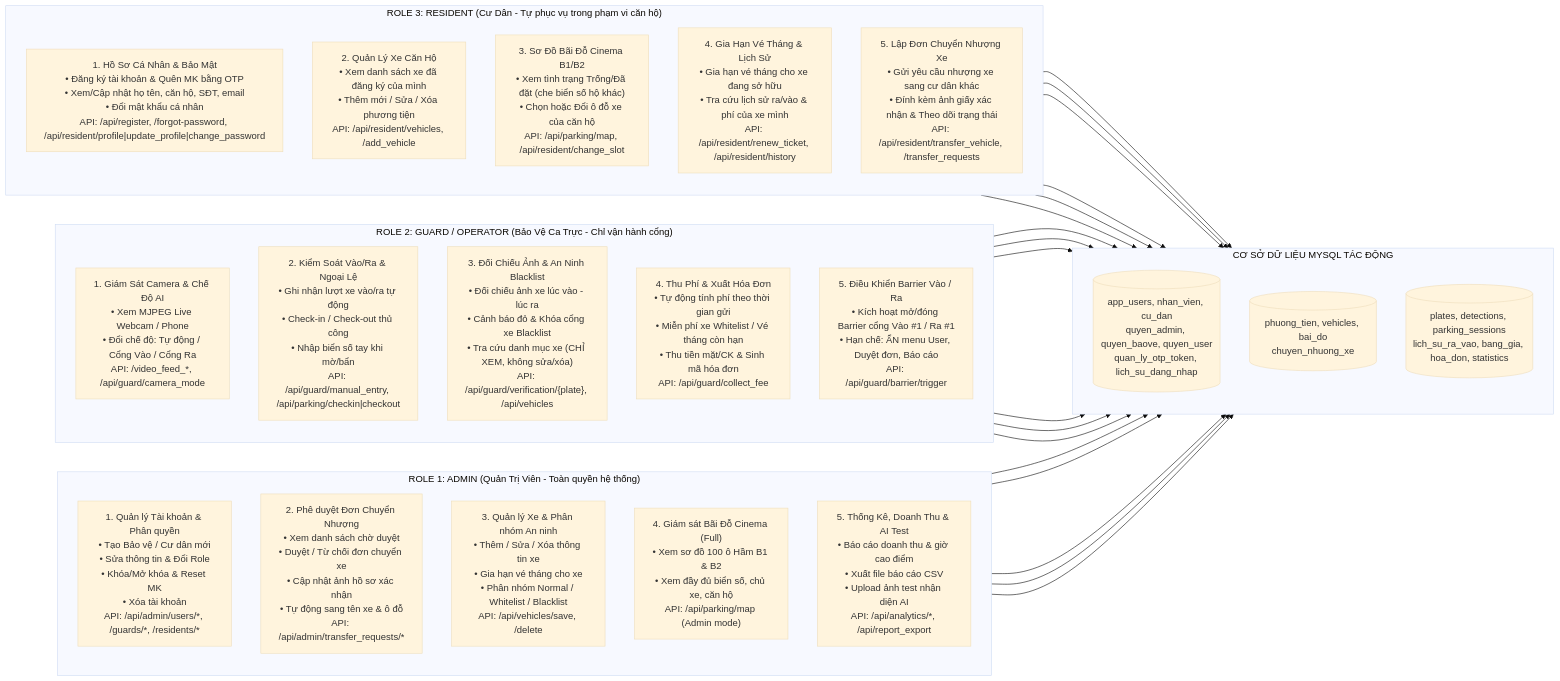
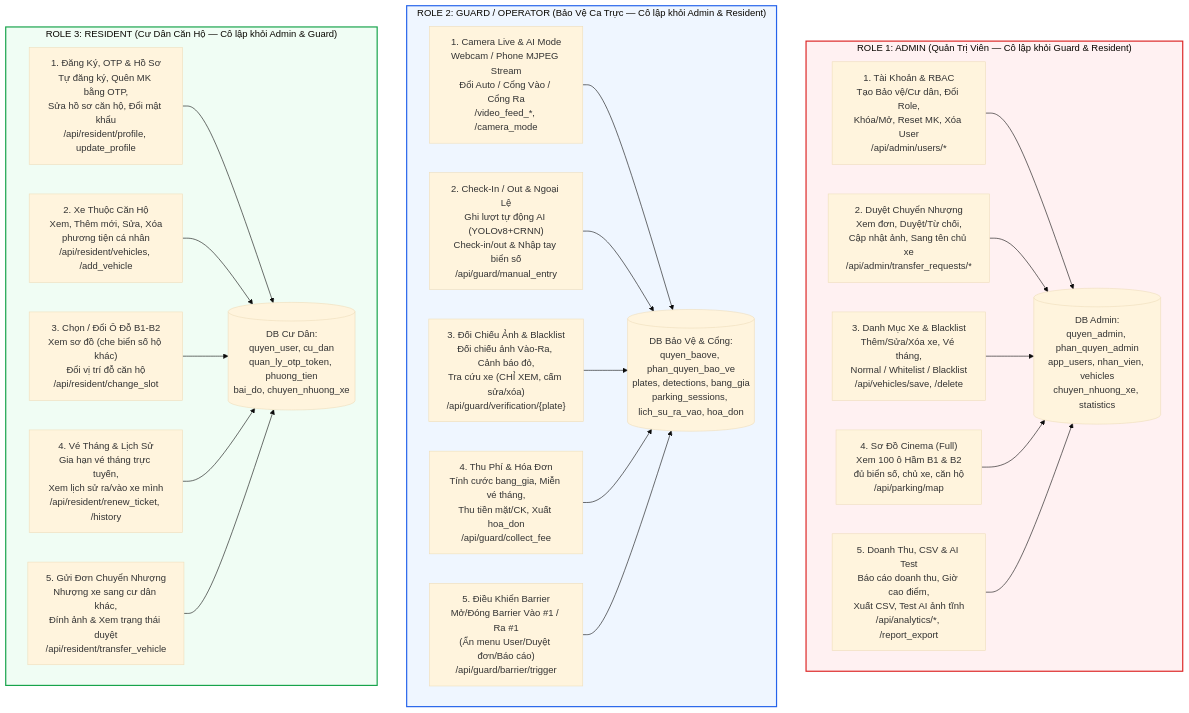
Before and after one commit to Truong027/CNPM24: the second of 3 diagrams in README.md, drawn with Mermaid (base theme). The commit also changed other lines of this file and 1 other file, not shown here.

Commit message:
docs: split 3 roles into 3 completely isolated non-overlapping lanes

````diff
--- a/README.md
+++ b/README.md
@@ -89,60 +71,57 @@
 ```mermaid
-flowchart LR
-    %% ================= ROLE 1: ADMIN =================
-    subgraph Role1["ROLE 1: ADMIN (Quản Trị Viên - Toàn quyền hệ thống)"]
-        direction TB
-        A_Users["1. Quản lý Tài khoản & Phân quyền<br/>• Tạo Bảo vệ / Cư dân mới<br/>• Sửa thông tin & Đổi Role<br/>• Khóa/Mở khóa & Reset MK<br/>• Xóa tài khoản<br/>API: /api/admin/users/*, /guards/*, /residents/*"]
-        A_Transfer["2. Phê duyệt Đơn Chuyển Nhượng<br/>• Xem danh sách chờ duyệt<br/>• Duyệt / Từ chối đơn chuyển xe<br/>• Cập nhật ảnh hồ sơ xác nhận<br/>• Tự động sang tên xe & ô đỗ<br/>API: /api/admin/transfer_requests/*"]
-        A_Veh["3. Quản lý Xe & Phân nhóm An ninh<br/>• Thêm / Sửa / Xóa thông tin xe<br/>• Gia hạn vé tháng cho xe<br/>• Phân nhóm Normal / Whitelist / Blacklist<br/>API: /api/vehicles/save, /delete"]
-        A_Map["4. Giám sát Bãi Đỗ Cinema (Full)<br/>• Xem sơ đồ 100 ô Hầm B1 & B2<br/>• Xem đầy đủ biển số, chủ xe, căn hộ<br/>API: /api/parking/map (Admin mode)"]
-        A_Stat["5. Thống Kê, Doanh Thu & AI Test<br/>• Báo cáo doanh thu & giờ cao điểm<br/>• Xuất file báo cáo CSV<br/>• Upload ảnh test nhận diện AI<br/>API: /api/analytics/*, /api/report_export"]
+flowchart TB
+    %% ================= ROLE 1: ADMIN (TÁCH BIỆT) =================
+    subgraph Role1["ROLE 1: ADMIN (Quản Trị Viên — Cô lập khỏi Guard & Resident)"]
+        direction LR
+        A_Users["1. Tài Khoản & RBAC<br/>Tạo Bảo vệ/Cư dân, Đổi Role,<br/>Khóa/Mở, Reset MK, Xóa User<br/>/api/admin/users/*"]
+        A_Transfer["2. Duyệt Chuyển Nhượng<br/>Xem đơn, Duyệt/Từ chối,<br/>Cập nhật ảnh, Sang tên chủ xe<br/>/api/admin/transfer_requests/*"]
+        A_Veh["3. Danh Mục Xe & Blacklist<br/>Thêm/Sửa/Xóa xe, Vé tháng,<br/>Normal / Whitelist / Blacklist<br/>/api/vehicles/save, /delete"]
+        A_Map["4. Sơ Đồ Cinema (Full)<br/>Xem 100 ô Hầm B1 & B2<br/>đủ biển số, chủ xe, căn hộ<br/>/api/parking/map"]
+        A_Stat["5. Doanh Thu, CSV & AI Test<br/>Báo cáo doanh thu, Giờ cao điểm,<br/>Xuất CSV, Test AI ảnh tĩnh<br/>/api/analytics/*, /report_export"]
+        A_DB[("DB Admin:<br/>quyen_admin, phan_quyen_admin<br/>app_users, nhan_vien, vehicles<br/>chuyen_nhuong_xe, statistics")]
+
+        A_Users --> A_DB
+        A_Transfer --> A_DB
+        A_Veh --> A_DB
+        A_Map --> A_DB
+        A_Stat --> A_DB
     end
 
-    %% ================= ROLE 2: GUARD / OPERATOR =================
-    subgraph Role2["ROLE 2: GUARD / OPERATOR (Bảo Vệ Ca Trực - Chỉ vận hành cổng)"]
-        direction TB
-        G_Cam["1. Giám Sát Camera & Chế Độ AI<br/>• Xem MJPEG Live Webcam / Phone<br/>• Đổi chế độ: Tự động / Cổng Vào / Cổng Ra<br/>API: /video_feed_*, /api/guard/camera_mode"]
-        G_Gate["2. Kiểm Soát Vào/Ra & Ngoại Lệ<br/>• Ghi nhận lượt xe vào/ra tự động<br/>• Check-in / Check-out thủ công<br/>• Nhập biển số tay khi mờ/bẩn<br/>API: /api/guard/manual_entry, /api/parking/checkin|checkout"]
-        G_Verify["3. Đối Chiếu Ảnh & An Ninh Blacklist<br/>• Đối chiếu ảnh xe lúc vào - lúc ra<br/>• Cảnh báo đỏ & Khóa cổng xe Blacklist<br/>• Tra cứu danh mục xe (CHỈ XEM, không sửa/xóa)<br/>API: /api/guard/verification/{plate}, /api/vehicles"]
-        G_Fee["4. Thu Phí & Xuất Hóa Đơn<br/>• Tự động tính phí theo thời gian gửi<br/>• Miễn phí xe Whitelist / Vé tháng còn hạn<br/>• Thu tiền mặt/CK & Sinh mã hóa đơn<br/>API: /api/guard/collect_fee"]
-        G_Bar["5. Điều Khiển Barrier Vào / Ra<br/>• Kích hoạt mở/đóng Barrier cổng Vào #1 / Ra #1<br/>• Hạn chế: ẨN menu User, Duyệt đơn, Báo cáo<br/>API: /api/guard/barrier/trigger"]
+    %% ================= ROLE 2: GUARD / OPERATOR (TÁCH BIỆT) =================
+    subgraph Role2["ROLE 2: GUARD / OPERATOR (Bảo Vệ Ca Trực — Cô lập khỏi Admin & Resident)"]
+        direction LR
+        G_Cam["1. Camera Live & AI Mode<br/>Webcam / Phone MJPEG Stream<br/>Đổi Auto / Cổng Vào / Cổng Ra<br/>/video_feed_*, /camera_mode"]
+        G_Gate["2. Check-In / Out & Ngoại Lệ<br/>Ghi lượt tự động AI (YOLOv8+CRNN)<br/>Check-in/out & Nhập tay biển số<br/>/api/guard/manual_entry"]
+        G_Verify["3. Đối Chiếu Ảnh & Blacklist<br/>Đối chiếu ảnh Vào-Ra, Cảnh báo đỏ,<br/>Tra cứu xe (CHỈ XEM, cấm sửa/xóa)<br/>/api/guard/verification/{plate}"]
+        G_Fee["4. Thu Phí & Hóa Đơn<br/>Tính cước bang_gia, Miễn vé tháng,<br/>Thu tiền mặt/CK, Xuất hoa_don<br/>/api/guard/collect_fee"]
+        G_Bar["5. Điều Khiển Barrier<br/>Mở/Đóng Barrier Vào #1 / Ra #1<br/>(Ẩn menu User/Duyệt đơn/Báo cáo)<br/>/api/guard/barrier/trigger"]
+        G_DB[("DB Bảo Vệ & Cổng:<br/>quyen_baove, phan_quyen_bao_ve<br/>plates, detections, bang_gia<br/>parking_sessions, lich_su_ra_vao, hoa_don")]
+
+        G_Cam --> G_DB
+        G_Gate --> G_DB
+        G_Verify --> G_DB
+        G_Fee --> G_DB
+        G_Bar --> G_DB
     end
 
-    %% ================= ROLE 3: RESIDENT =================
-    subgraph Role3["ROLE 3: RESIDENT (Cư Dân - Tự phục vụ trong phạm vi căn hộ)"]
-        direction TB
-        R_Prof["1. Hồ Sơ Cá Nhân & Bảo Mật<br/>• Đăng ký tài khoản & Quên MK bằng OTP<br/>• Xem/Cập nhật họ tên, căn hộ, SĐT, email<br/>• Đổi mật khẩu cá nhân<br/>API: /api/register, /forgot-password, /api/resident/profile|update_profile|change_password"]
-        R_Veh["2. Quản Lý Xe Căn Hộ<br/>• Xem danh sách xe đã đăng ký của mình<br/>• Thêm mới / Sửa / Xóa phương tiện<br/>API: /api/resident/vehicles, /add_vehicle"]
-        R_Slot["3. Sơ Đồ Bãi Đỗ Cinema B1/B2<br/>• Xem tình trạng Trống/Đã đặt (che biển số hộ khác)<br/>• Chọn hoặc Đổi ô đỗ xe của căn hộ<br/>API: /api/parking/map, /api/resident/change_slot"]
-        R_Ticket["4. Gia Hạn Vé Tháng & Lịch Sử<br/>• Gia hạn vé tháng cho xe đang sở hữu<br/>• Tra cứu lịch sử ra/vào & phí của xe mình<br/>API: /api/resident/renew_ticket, /api/resident/history"]
-        R_Trans["5. Lập Đơn Chuyển Nhượng Xe<br/>• Gửi yêu cầu nhượng xe sang cư dân khác<br/>• Đính kèm ảnh giấy xác nhận & Theo dõi trạng thái<br/>API: /api/resident/transfer_vehicle, /transfer_requests"]
+    %% ================= ROLE 3: RESIDENT (TÁCH BIỆT) =================
+    subgraph Role3["ROLE 3: RESIDENT (Cư Dân Căn Hộ — Cô lập khỏi Admin & Guard)"]
+        direction LR
+        R_Prof["1. Đăng Ký, OTP & Hồ Sơ<br/>Tự đăng ký, Quên MK bằng OTP,<br/>Sửa hồ sơ căn hộ, Đổi mật khẩu<br/>/api/resident/profile, update_profile"]
+        R_Veh["2. Xe Thuộc Căn Hộ<br/>Xem, Thêm mới, Sửa, Xóa<br/>phương tiện cá nhân<br/>/api/resident/vehicles, /add_vehicle"]
+        R_Slot["3. Chọn / Đổi Ô Đỗ B1-B2<br/>Xem sơ đồ (che biển số hộ khác)<br/>Đổi vị trí đỗ căn hộ<br/>/api/resident/change_slot"]
+        R_Ticket["4. Vé Tháng & Lịch Sử<br/>Gia hạn vé tháng trực tuyến,<br/>Xem lịch sử ra/vào xe mình<br/>/api/resident/renew_ticket, /history"]
+        R_Trans["5. Gửi Đơn Chuyển Nhượng<br/>Nhượng xe sang cư dân khác,<br/>Đính ảnh & Xem trạng thái duyệt<br/>/api/resident/transfer_vehicle"]
+        R_DB[("DB Cư Dân:<br/>quyen_user, cu_dan<br/>quan_ly_otp_token, phuong_tien<br/>bai_do, chuyen_nhuong_xe")]
+
+        R_Prof --> R_DB
+        R_Veh --> R_DB
+        R_Slot --> R_DB
+        R_Ticket --> R_DB
+        R_Trans --> R_DB
     end
 
-    %% ================= DATABASE TARGETS =================
-    subgraph DBTables["CƠ SỞ DỮ LIỆU MYSQL TÁC ĐỘNG"]
-        direction TB
-        T_Auth[("app_users, nhan_vien, cu_dan<br/>quyen_admin, quyen_baove, quyen_user<br/>quan_ly_otp_token, lich_su_dang_nhap")]
-        T_Core[("phuong_tien, vehicles, bai_do<br/>chuyen_nhuong_xe")]
-        T_Logs[("plates, detections, parking_sessions<br/>lich_su_ra_vao, bang_gia, hoa_don, statistics")]
-    end
-
-    A_Users --> T_Auth
-    A_Transfer --> T_Core
-    A_Veh --> T_Core
-    A_Map --> T_Core
-    A_Stat --> T_Logs
-
-    G_Cam --> T_Logs
-    G_Gate --> T_Logs
-    G_Verify --> T_Core
-    G_Verify --> T_Logs
-    G_Fee --> T_Logs
-    G_Bar --> T_Logs
-
-    R_Prof --> T_Auth
-    R_Veh --> T_Core
-    R_Slot --> T_Core
-    R_Ticket --> T_Core
-    R_Ticket --> T_Logs
-    R_Trans --> T_Core
+    style Role1 fill:#fff1f2,stroke:#dc2626,stroke-width:2px
+    style Role2 fill:#eff6ff,stroke:#2563eb,stroke-width:2px
+    style Role3 fill:#f0fdf4,stroke:#16a34a,stroke-width:2px
 ```
````
